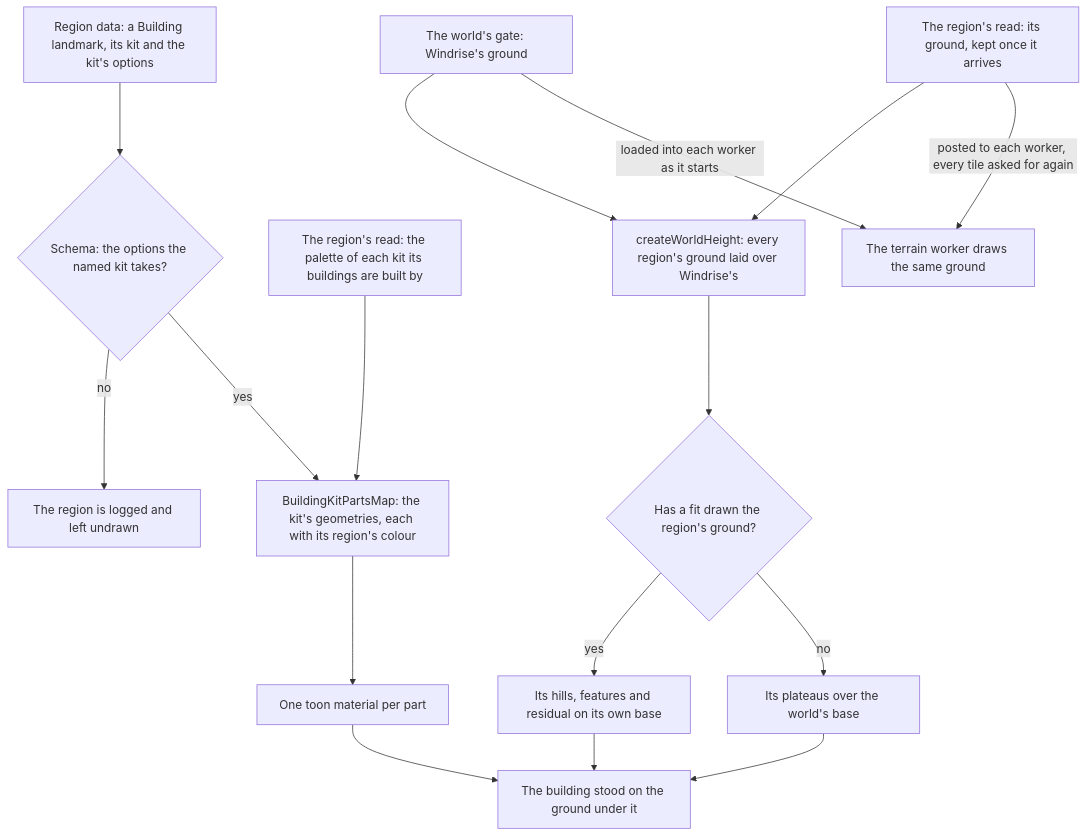
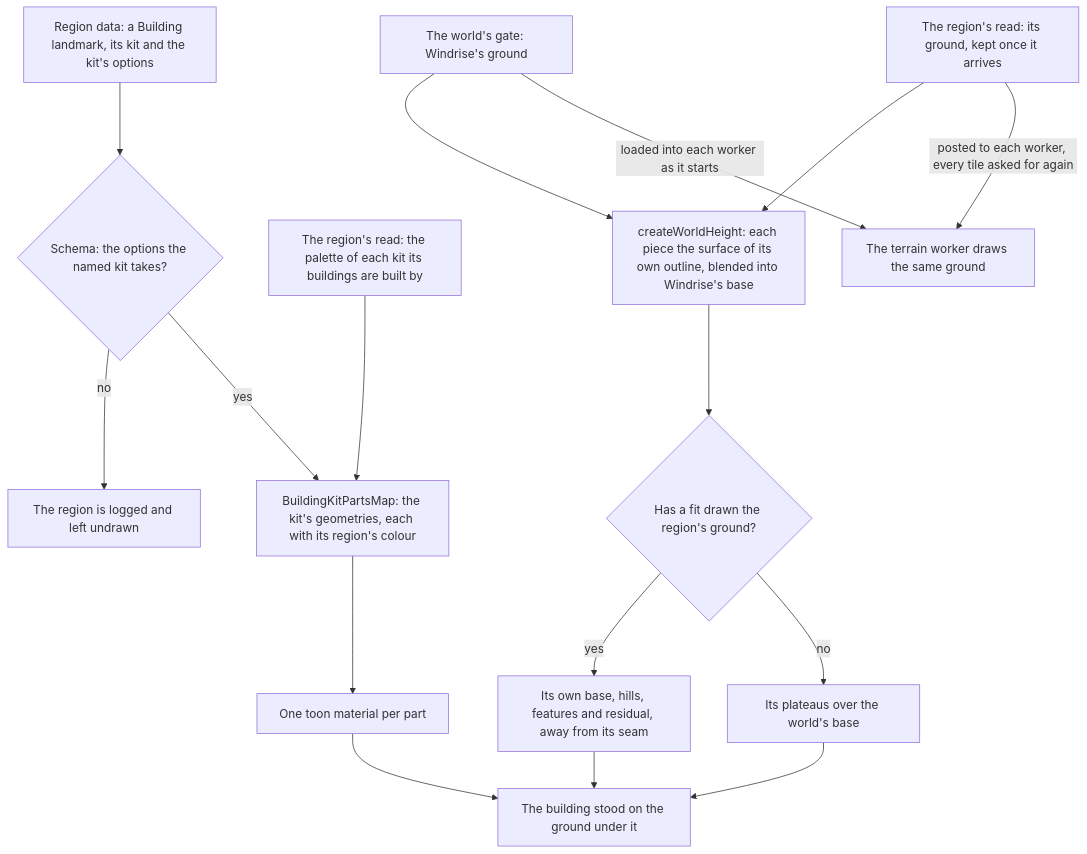
The diagram in openspec/specs/genshin/region-buildings/design.md (Esposter/Esposter), drawn with Mermaid before and after one commit. The commit also changed other lines of this file and 5 other files, not shown here.

````diff
--- a/openspec/specs/genshin/region-buildings/design.md
+++ b/openspec/specs/genshin/region-buildings/design.md
@@ -7,18 +7,18 @@
 ```mermaid
 flowchart TD
   RD["Region data: a Building landmark, its kit and the kit's options"] --> SC{"Schema: the options the named kit takes?"}
   SC -->|no| ERR[The region is logged and left undrawn]
   SC -->|yes| MAP["BuildingKitPartsMap: the kit's geometries, each with its region's colour"]
   PAL["The region's read: the palette of each kit its buildings are built by"] --> MAP
   MAP --> MAT[One toon material per part]
   GD["The world's gate: Windrise's ground"] --> G
   RG["The region's read: its ground, kept once it arrives"] --> G
-  G["createWorldHeight: every region's ground laid over Windrise's"] --> F{"Has a fit drawn the region's ground?"}
-  F -->|"yes"| FH["Its hills, features and residual on its own base"]
+  G["createWorldHeight: each piece the surface of its own outline, blended into Windrise's base"] --> F{"Has a fit drawn the region's ground?"}
+  F -->|"yes"| FH["Its own base, hills, features and residual, away from its seam"]
   F -->|"no"| PL["Its plateaus over the world's base"]
   FH --> POS[The building stood on the ground under it]
   PL --> POS
   MAT --> POS
   GD -->|"loaded into each worker as it starts"| WK[The terrain worker draws the same ground]
   RG -->|"posted to each worker, every tile asked for again"| WK
 ```
````
